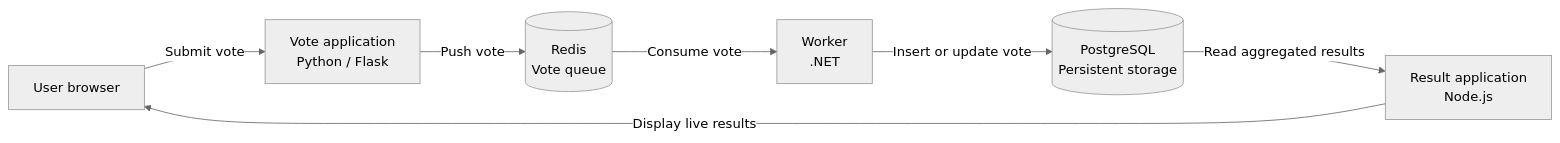
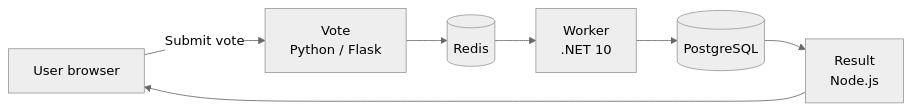
One commit to kxmyk/aws-voting-platform changed the first of 2 diagrams in README.md. Above: the diagram before and after it, drawn with Mermaid (neutral theme). The commit also changed other lines of this file, not shown here.

Commit message:
docs: update project architecture and progress

````diff
--- a/README.md
+++ b/README.md
@@ -25,17 +59,16 @@
 ```mermaid
 flowchart LR
     User[User browser]
-
-    Vote[Vote application<br/>Python / Flask]
-    Redis[(Redis<br/>Vote queue)]
-    Worker[Worker<br/>.NET]
-    Database[(PostgreSQL<br/>Persistent storage)]
-    Result[Result application<br/>Node.js]
+    Vote[Vote<br/>Python / Flask]
+    Redis[(Redis)]
+    Worker[Worker<br/>.NET 10]
+    Database[(PostgreSQL)]
+    Result[Result<br/>Node.js]
 
     User -->|Submit vote| Vote
-    Vote -->|Push vote| Redis
-    Redis -->|Consume vote| Worker
-    Worker -->|Insert or update vote| Database
-    Database -->|Read aggregated results| Result
-    Result -->|Display live results| User
+    Vote --> Redis
+    Redis --> Worker
+    Worker --> Database
+    Database --> Result
+    Result --> User
 ```
````
